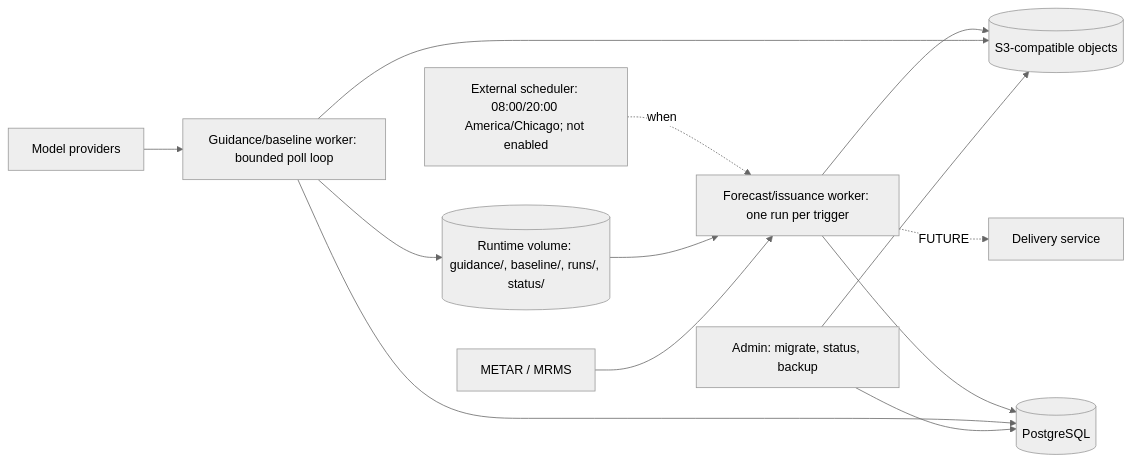
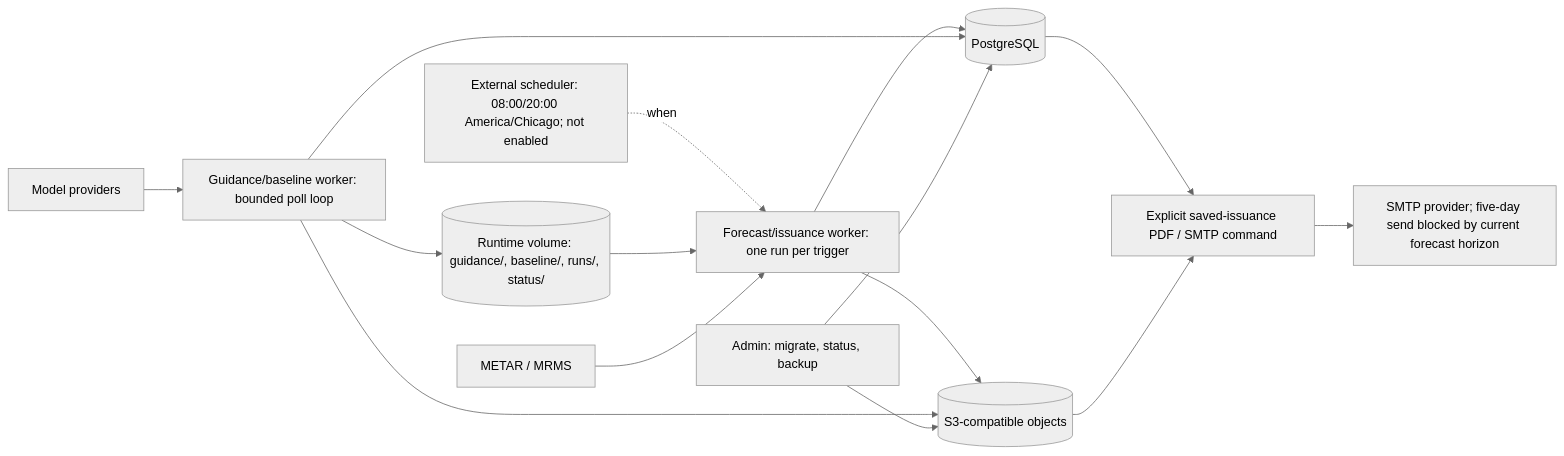
The third of 3 diagrams in ARCHITECTURE.md (Tony-Ingle/mesoforge), drawn with Mermaid (neutral theme) before and after one commit. The commit also changed other lines of this file and 28 other files, not shown here.

Commit message:
Add guarded PDF and SMTP delivery with v1 evidence controls

````diff
--- a/ARCHITECTURE.md
+++ b/ARCHITECTURE.md
@@ -1234,15 +1249,17 @@
 ```mermaid
 flowchart LR
     X[External scheduler: 08:00/20:00 America/Chicago; not enabled] -. when .-> F
     P[Model providers] --> G[Guidance/baseline worker: bounded poll loop]
     G --> R[(Runtime volume: guidance/, baseline/, runs/, status/)]
     R --> F[Forecast/issuance worker: one run per trigger]
     O[METAR / MRMS] --> F
     F --> DB[(PostgreSQL)]
     F --> S3[(S3-compatible objects)]
     G --> DB
     G --> S3
     A[Admin: migrate, status, backup] --> DB
     A --> S3
-    F -. FUTURE .-> D[Delivery service]
+    DB --> D[Explicit saved-issuance PDF / SMTP command]
+    S3 --> D
+    D --> E[SMTP provider; five-day send blocked by current forecast horizon]
 ```
````
